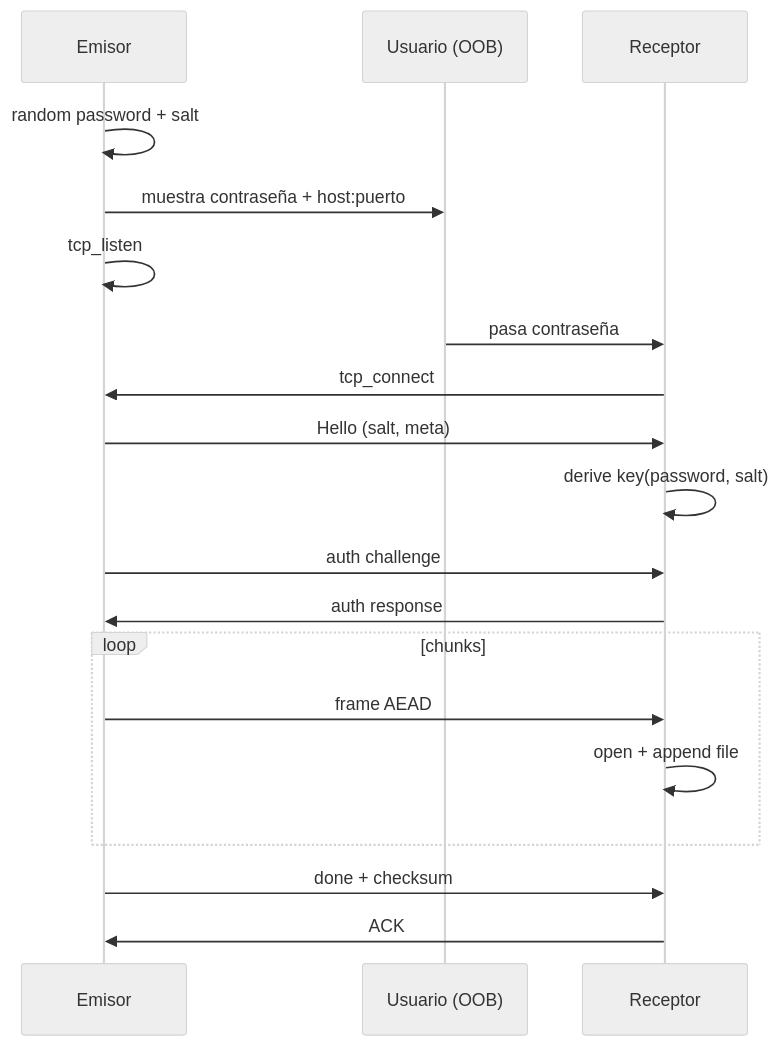
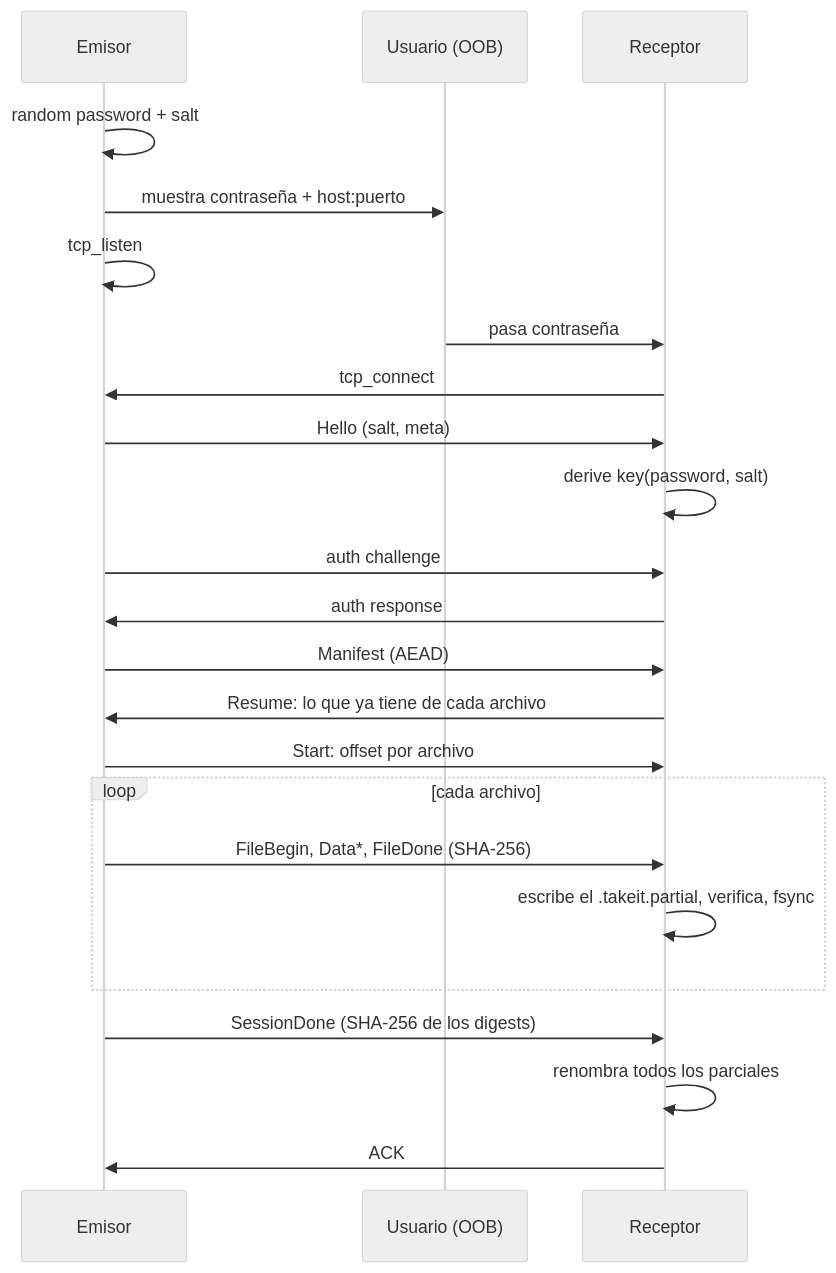
Before and after one commit to ray-language/takeit: the diagram in docs/PLAN.md, drawn with Mermaid (neutral theme). The commit also changed other lines of this file and 11 other files, not shown here.

````diff
--- a/docs/PLAN.md
+++ b/docs/PLAN.md
@@ -133,22 +135,26 @@
 ```mermaid
 sequenceDiagram
   participant S as Emisor
   participant U as Usuario (OOB)
   participant R as Receptor
 
   S->>S: random password + salt
   S->>U: muestra contraseña + host:puerto
   S->>S: tcp_listen
   U->>R: pasa contraseña
   R->>S: tcp_connect
   S->>R: Hello (salt, meta)
   R->>R: derive key(password, salt)
   S->>R: auth challenge
   R->>S: auth response
-  loop chunks
-    S->>R: frame AEAD
-    R->>R: open + append file
+  S->>R: Manifest (AEAD)
+  R->>S: Resume: lo que ya tiene de cada archivo
+  S->>R: Start: offset por archivo
+  loop cada archivo
+    S->>R: FileBegin, Data*, FileDone (SHA-256)
+    R->>R: escribe el .takeit.partial, verifica, fsync
   end
-  S->>R: done + checksum
+  S->>R: SessionDone (SHA-256 de los digests)
+  R->>R: renombra todos los parciales
   R->>S: ACK
 ```
````
